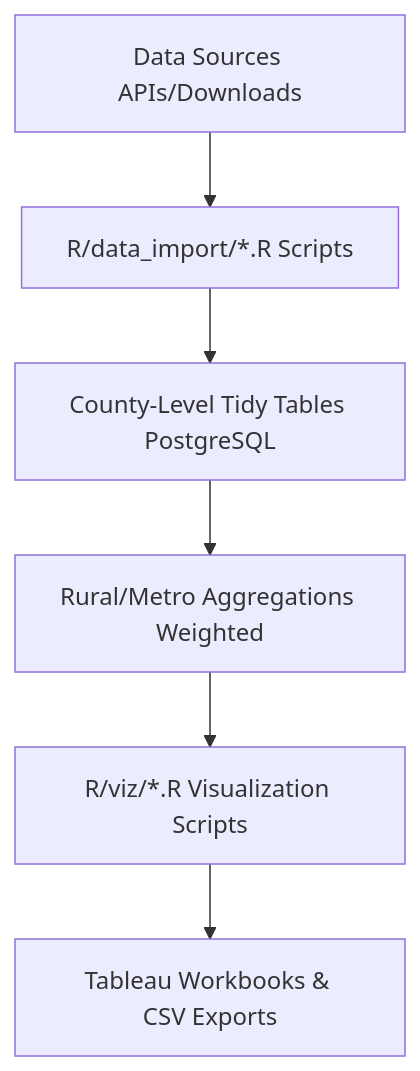
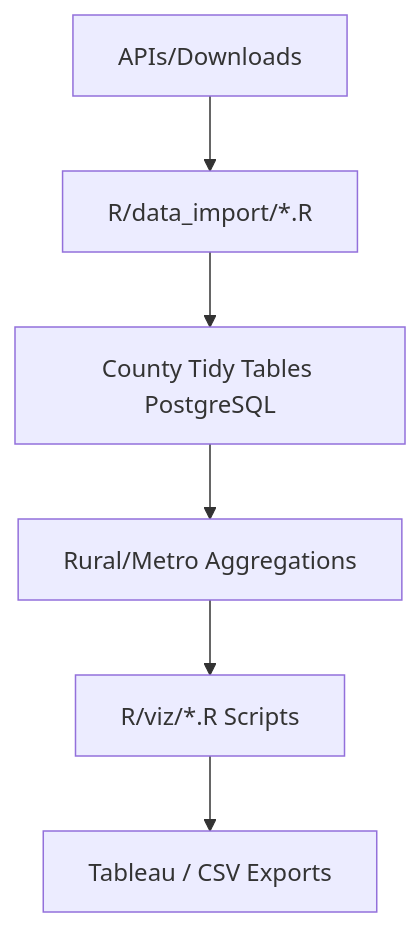
The diagram in projects/rural-economic-outlook/index.qmd (ruralinnovation/cori.data.verse), drawn with Mermaid before and after one commit. The commit also changed other lines of this file and 33 other files, not shown here.

````diff
--- a/projects/rural-economic-outlook/index.qmd
+++ b/projects/rural-economic-outlook/index.qmd
@@ -127,8 +111,8 @@
 ```mermaid
 graph TD
-    A[Data Sources APIs/Downloads] --> B[R/data_import/*.R Scripts]
-    B --> C[County-Level Tidy Tables PostgreSQL]
-    C --> D[Rural/Metro Aggregations Weighted]
-    D --> E[R/viz/*.R Visualization Scripts]
-    E --> F[Tableau Workbooks & CSV Exports]
+    A[APIs/Downloads] --> B[R/data_import/*.R]
+    B --> C[County Tidy Tables PostgreSQL]
+    C --> D[Rural/Metro Aggregations]
+    D --> E[R/viz/*.R Scripts]
+    E --> F[Tableau / CSV Exports]
 ```
````
